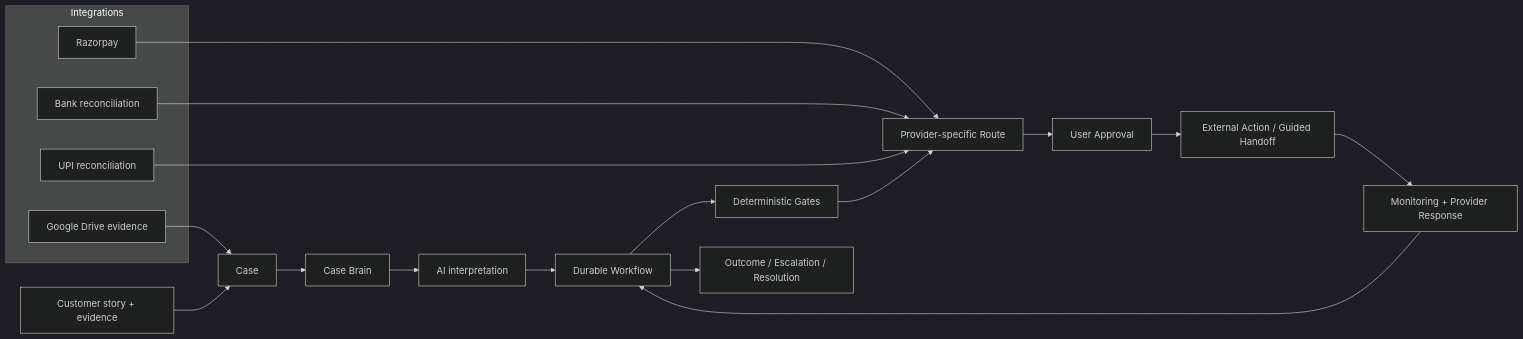
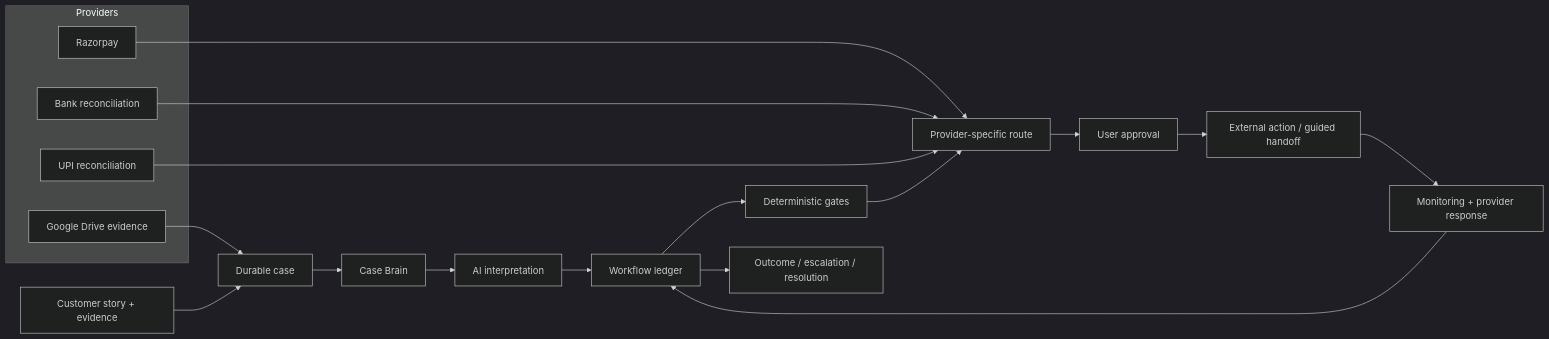
One commit to Prakash-codeMaker/RecoverIT changed the second of 2 diagrams in README.md. Above: the diagram before and after it, drawn with Mermaid (dark theme). The commit also changed other lines of this file and 13 other files, not shown here.

````diff
--- a/README.md
+++ b/README.md
@@ -165,26 +268,26 @@
 ```mermaid
 flowchart LR
-    S[Customer story + evidence] --> C[Case]
+    S[Customer story + evidence] --> C[Durable case]
     C --> B[Case Brain]
     B --> AI[AI interpretation]
-    AI --> W[Durable Workflow]
-    W --> G[Deterministic Gates]
-    G --> R[Provider-specific Route]
-    R --> A[User Approval]
-    A --> X[External Action / Guided Handoff]
-    X --> M[Monitoring + Provider Response]
+    AI --> W[Workflow ledger]
+    W --> G[Deterministic gates]
+    G --> R[Provider-specific route]
+    R --> A[User approval]
+    A --> X[External action / guided handoff]
+    X --> M[Monitoring + provider response]
     M --> W
-    W --> O[Outcome / Escalation / Resolution]
+    W --> O[Outcome / escalation / resolution]
 
-    subgraph Integrations
+    subgraph Providers
       RP[Razorpay]
       BK[Bank reconciliation]
       UP[UPI reconciliation]
       GD[Google Drive evidence]
     end
 
     RP --> R
     BK --> R
     UP --> R
     GD --> C
 ```
````
